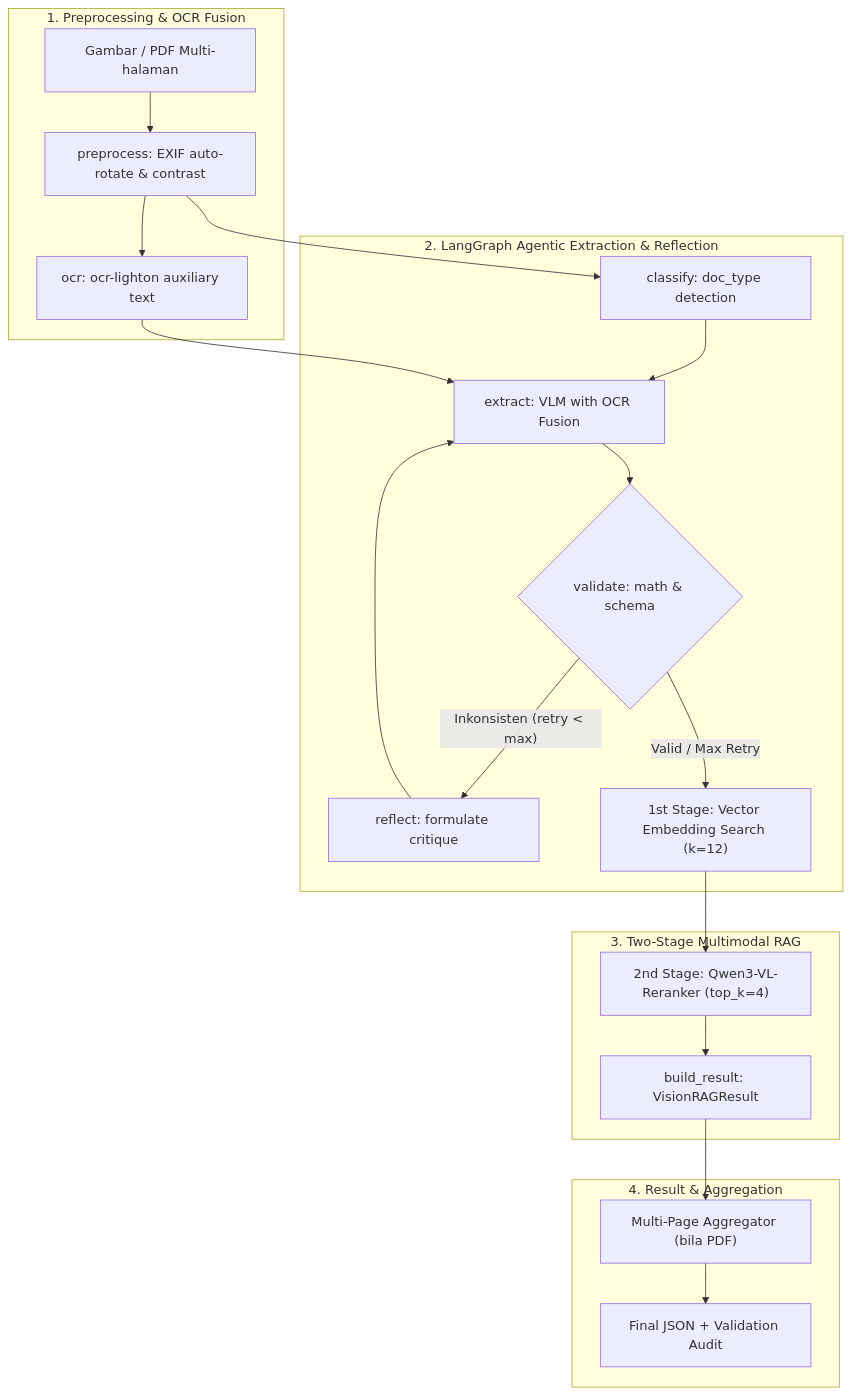
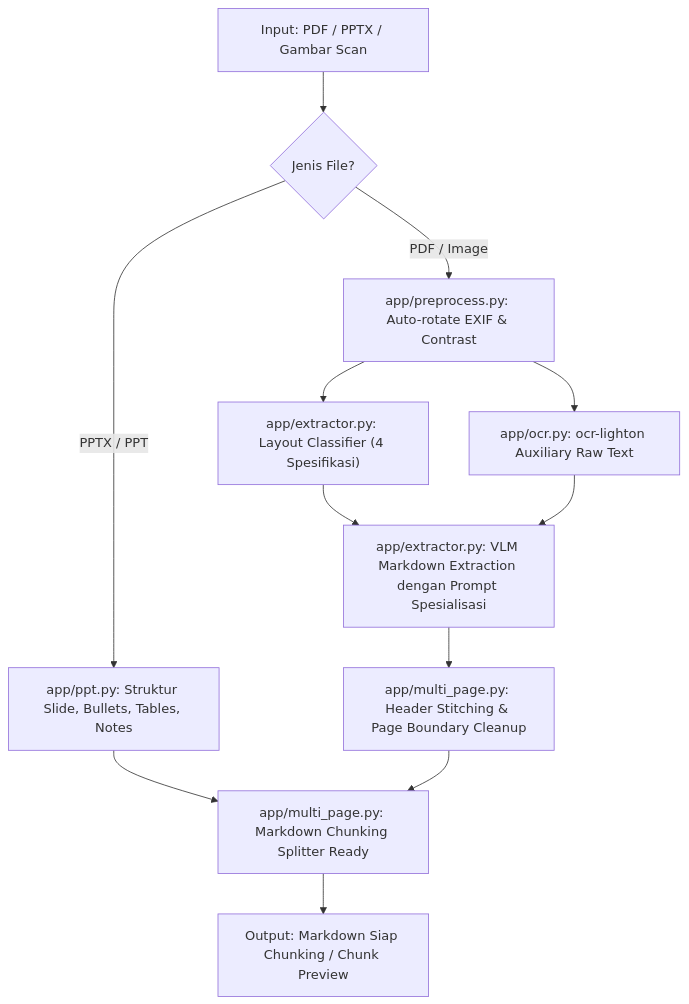
Before and after one commit to daruoktab/jds-magang-ocr-agent: the diagram in README.md, drawn with Mermaid. The commit also changed other lines of this file and 12 other files, not shown here.

Commit message:
feat: refactor document extractor to 4 layout specifications and chunking readiness

````diff
--- a/README.md
+++ b/README.md
@@ -15,27 +23,19 @@
 ```mermaid
 flowchart TD
-    subgraph INGESTION["1. Preprocessing & OCR Fusion"]
-        IMG["Gambar / PDF Multi-halaman"] --> PRE["preprocess: EXIF auto-rotate & contrast"]
-        PRE --> OCR["ocr: ocr-lighton auxiliary text"]
-    end
-
-    subgraph AGENTIC_GRAPH["2. LangGraph Agentic Extraction & Reflection"]
-        PRE --> CLS["classify: doc_type detection"]
-        CLS --> EXT["extract: VLM with OCR Fusion"]
-        OCR --> EXT
-        EXT --> VAL{"validate: math & schema"}
-        VAL -- "Inkonsisten (retry < max)" --> REF["reflect: formulate critique"]
-        REF --> EXT
-        VAL -- "Valid / Max Retry" --> RET
-    end
-
-    subgraph RETRIEVAL["3. Two-Stage Multimodal RAG"]
-        RET["1st Stage: Vector Embedding Search (k=12)"] --> RRK["2nd Stage: Qwen3-VL-Reranker (top_k=4)"]
-        RRK --> BUILD["build_result: VisionRAGResult"]
-    end
-
-    subgraph OUTPUT["4. Result & Aggregation"]
-        BUILD --> PDF_MERGE["Multi-Page Aggregator (bila PDF)"]
-        PDF_MERGE --> JSON_OUT["Final JSON + Validation Audit"]
-    end
+    DOC["Input: PDF / PPTX / Gambar Scan"] --> ROUTE{"Jenis File?"}
+    
+    ROUTE -- "PPTX / PPT" --> PPT["app/ppt.py: Struktur Slide, Bullets, Tables, Notes"]
+    ROUTE -- "PDF / Image" --> PRE["app/preprocess.py: Auto-rotate EXIF & Contrast"]
+    
+    PRE --> OCR["app/ocr.py: ocr-lighton Auxiliary Raw Text"]
+    PRE --> CLS["app/extractor.py: Layout Classifier (4 Spesifikasi)"]
+    
+    CLS --> VLM["app/extractor.py: VLM Markdown Extraction dengan Prompt Spesialisasi"]
+    OCR --> VLM
+    
+    VLM --> MULTI["app/multi_page.py: Header Stitching & Page Boundary Cleanup"]
+    PPT --> CHUNK
+    MULTI --> CHUNK["app/multi_page.py: Markdown Chunking Splitter Ready"]
+    
+    CHUNK --> OUT["Output: Markdown Siap Chunking / Chunk Preview"]
 ```
````
